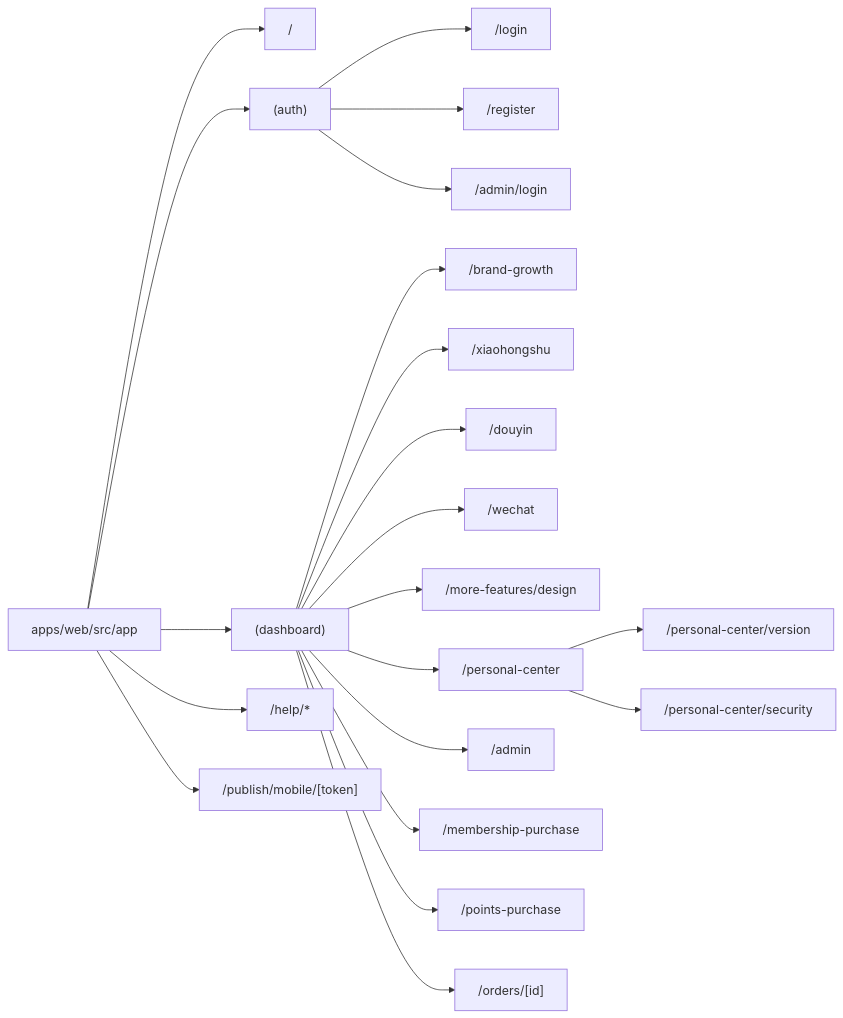
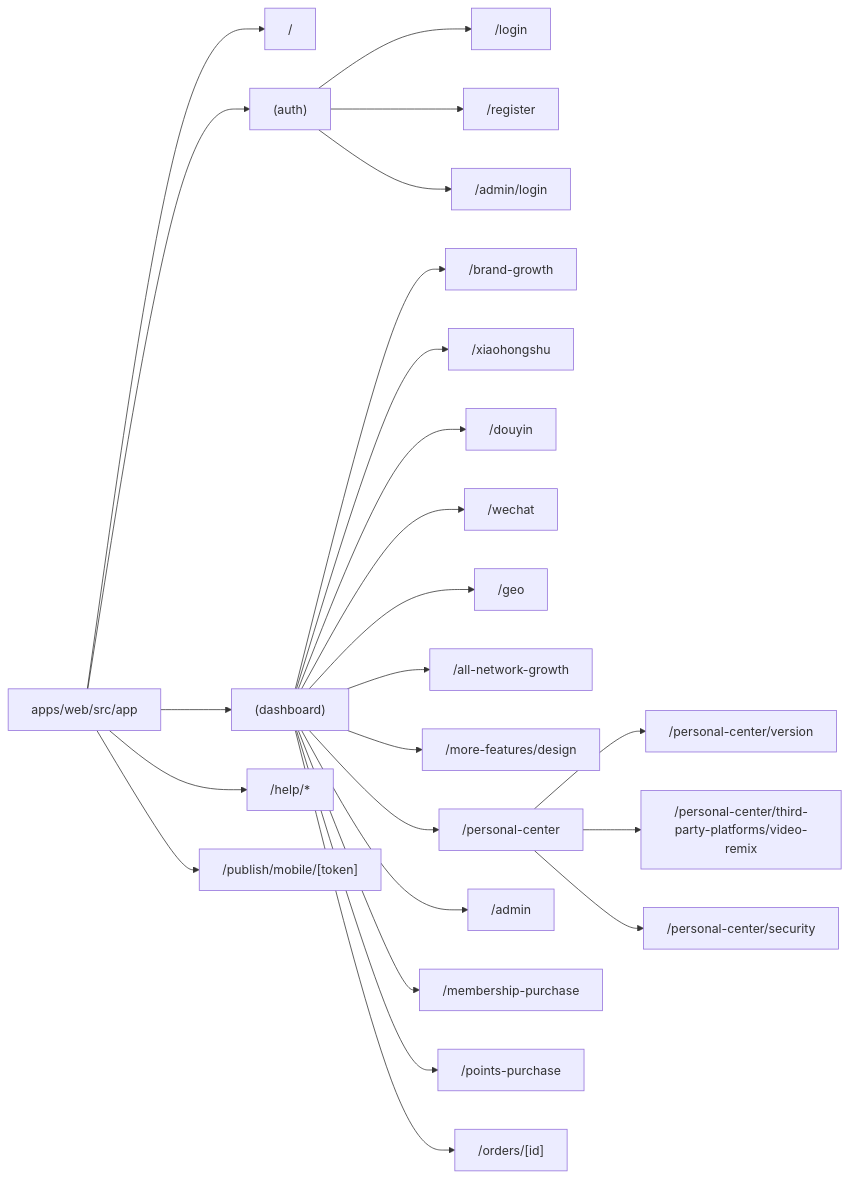
Before and after one commit to Depthukesh/ai-omni-ops-system: the second of 5 diagrams in docs/site-map-mermaid.md, drawn with Mermaid. The commit also changed other lines of this file and 237 other files, not shown here.

````diff
--- a/docs/site-map-mermaid.md
+++ b/docs/site-map-mermaid.md
@@ -81,27 +84,30 @@
 ```mermaid
 flowchart LR
     Root["apps/web/src/app"]
 
     Root --> Home["/"]
     Root --> Auth["(auth)"]
     Root --> Dash["(dashboard)"]
     Root --> Help["/help/*"]
     Root --> Publish["/publish/mobile/[token]"]
 
     Auth --> Login["/login"]
     Auth --> Register["/register"]
     Auth --> AdminLogin["/admin/login"]
 
     Dash --> BrandGrowth["/brand-growth"]
     Dash --> Xiaohongshu["/xiaohongshu"]
     Dash --> Douyin["/douyin"]
     Dash --> Wechat["/wechat"]
+    Dash --> Geo["/geo"]
+    Dash --> AllNetworkGrowth["/all-network-growth"]
     Dash --> Design["/more-features/design"]
     Dash --> Personal["/personal-center"]
     Personal --> PersonalVersion["/personal-center/version"]
+    Personal --> PersonalVideoRemix["/personal-center/third-party-platforms/video-remix"]
     Personal --> PersonalSecurity["/personal-center/security"]
     Dash --> Admin["/admin"]
     Dash --> Membership["/membership-purchase"]
     Dash --> Points["/points-purchase"]
     Dash --> OrderDetail["/orders/[id]"]
 ```
````
